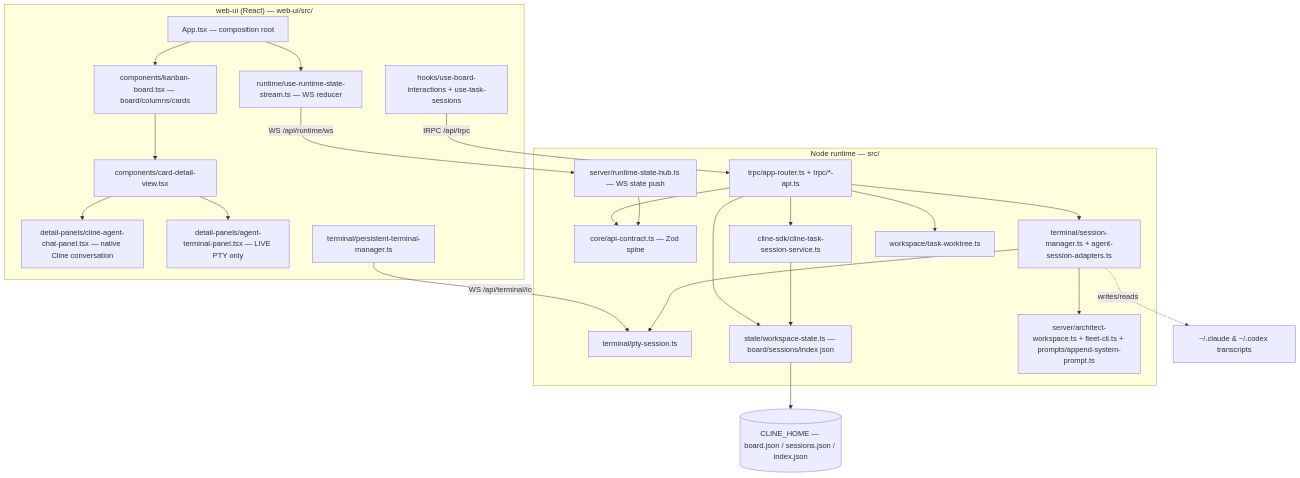
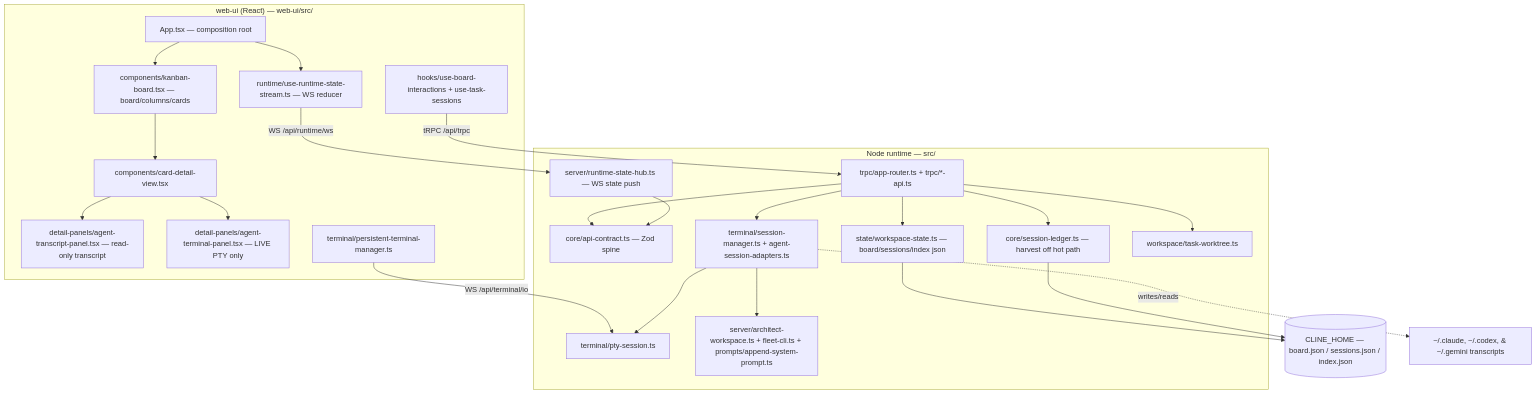
One commit to arthware/fleet-kanban changed the diagram in docs/architecture/component-overview.md. Above: the diagram before and after it, drawn with Mermaid. The commit also changed other lines of this file, not shown here.

Commit message:
docs: clean up component-overview.md, removing retired Cline references

````diff
--- a/docs/architecture/component-overview.md
+++ b/docs/architecture/component-overview.md
@@ -23,44 +23,44 @@
 ```mermaid
 graph TD
   subgraph Client["web-ui (React) — web-ui/src/"]
     App["App.tsx — composition root"]
     Board["components/kanban-board.tsx — board/columns/cards"]
     Detail["components/card-detail-view.tsx"]
-    ChatPanel["detail-panels/cline-agent-chat-panel.tsx — native Cline conversation"]
+    TranscriptPanel["detail-panels/agent-transcript-panel.tsx — read-only transcript"]
     TermPanel["detail-panels/agent-terminal-panel.tsx — LIVE PTY only"]
     Stream["runtime/use-runtime-state-stream.ts — WS reducer"]
     Hooks["hooks/use-board-interactions + use-task-sessions"]
     TermClient["terminal/persistent-terminal-manager.ts"]
   end
   subgraph Server["Node runtime — src/"]
     Router["trpc/app-router.ts + trpc/*-api.ts"]
     Contract["core/api-contract.ts — Zod spine"]
     Hub["server/runtime-state-hub.ts — WS state push"]
+    SessLedger["core/session-ledger.ts — harvest off hot path"]
     SessMgr["terminal/session-manager.ts + agent-session-adapters.ts"]
     PTY["terminal/pty-session.ts"]
-    ClineSvc["cline-sdk/cline-task-session-service.ts"]
     WState["state/workspace-state.ts — board/sessions/index json"]
     Worktree["workspace/task-worktree.ts"]
     Arch["server/architect-workspace.ts + fleet-cli.ts + prompts/append-system-prompt.ts"]
   end
   Disk[("CLINE_HOME — board.json / sessions.json / index.json")]
-  Trans["~/.claude & ~/.codex transcripts"]
+  Trans["~/.claude, ~/.codex, & ~/.gemini transcripts"]
 
-  App --> Board --> Detail --> ChatPanel
+  App --> Board --> Detail --> TranscriptPanel
   Detail --> TermPanel
   App --> Stream
   Hooks -->|"tRPC /api/trpc"| Router
   Stream -->|"WS /api/runtime/ws"| Hub
   TermClient -->|"WS /api/terminal/io"| PTY
   Router --> Contract
-  Router --> ClineSvc
+  Router --> SessLedger
   Router --> SessMgr
   Router --> WState
   Router --> Worktree
   SessMgr --> PTY
   SessMgr --> Arch
-  ClineSvc --> WState
   WState --> Disk
+  SessLedger --> Disk
   SessMgr -.->|writes/reads| Trans
   Hub --> Contract
 ```
````
